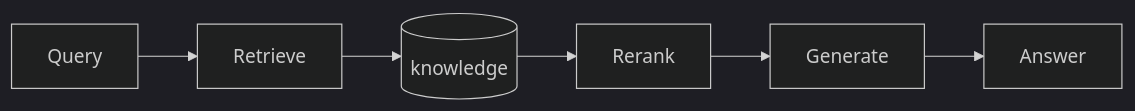
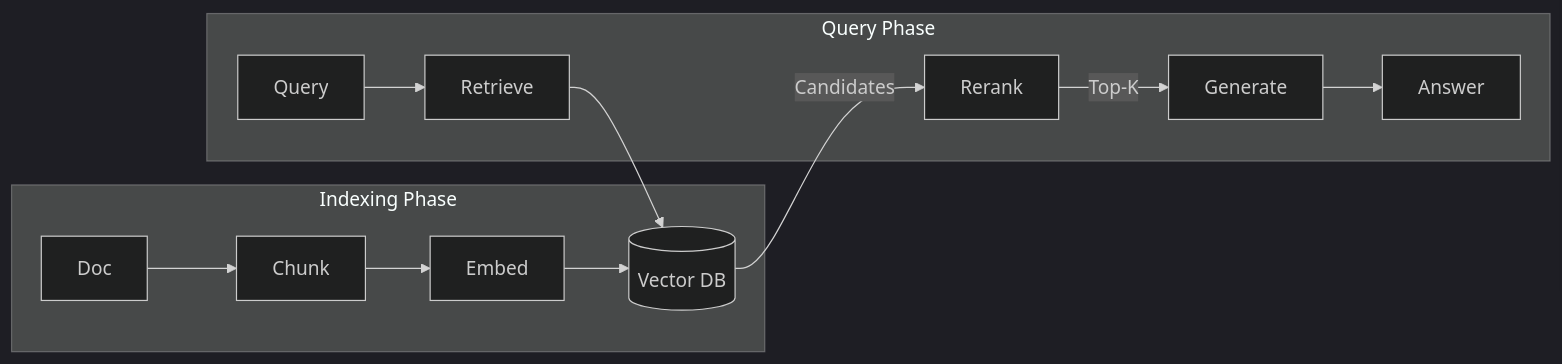
Before and after one commit to ThreeFish-AI/agentic-ai-papers: diagram 12 of 12 in docs/engine/030-the-perception.md, drawn with Mermaid (dark theme). The commit also changed other lines of this file, not shown here.

````diff
--- a/docs/engine/030-the-perception.md
+++ b/docs/engine/030-the-perception.md
@@ -1395,8 +1399,14 @@
 ```mermaid
 flowchart LR
-    Q[Query] --> R[Retrieve]
-    R --> KB[(knowledge)]
-    KB --> RK[Rerank]
-    RK --> G[Generate]
-    G --> A[Answer]
+    subgraph Offline [Indexing Phase]
+        D[Doc] --> C[Chunk] --> E[Embed] --> V[(Vector DB)]
+    end
+
+    subgraph Online [Query Phase]
+        Q[Query] --> R[Retrieve]
+        R --> V
+        V -- Candidates --> RK[Rerank]
+        RK -- Top-K --> G[Generate]
+        G --> A[Answer]
+    end
 ```
````
